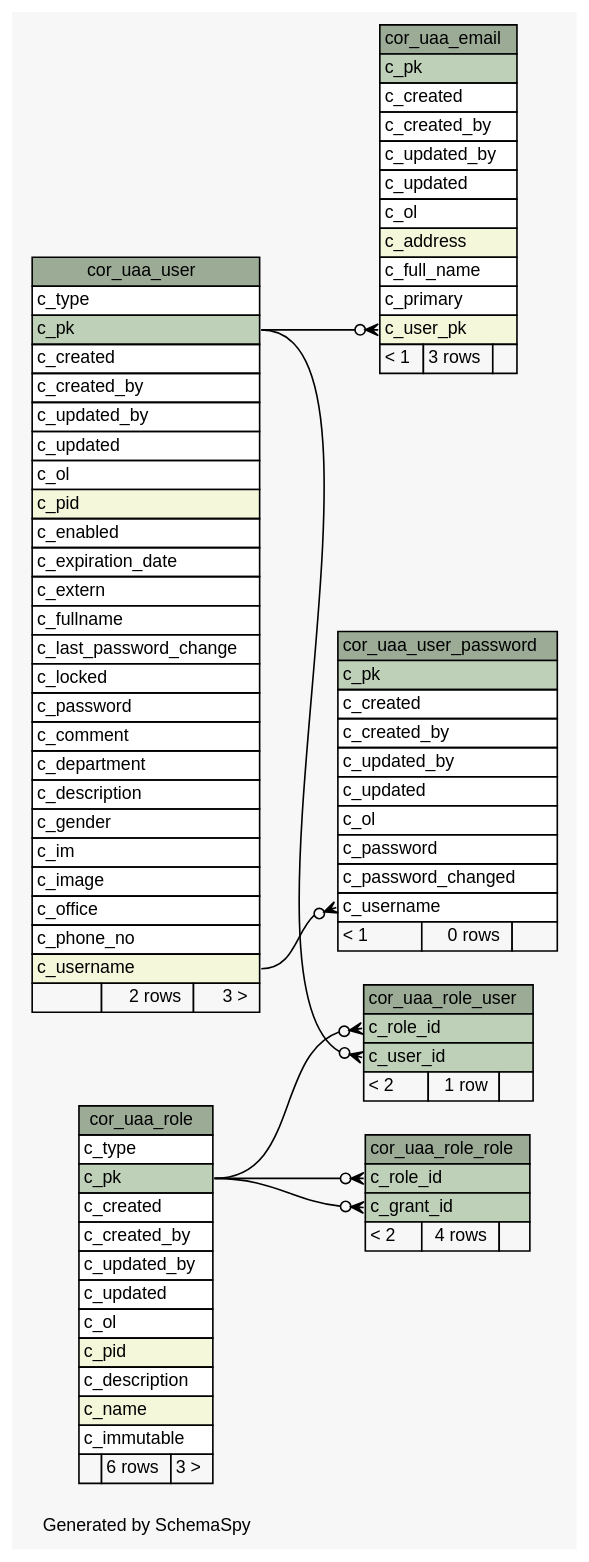
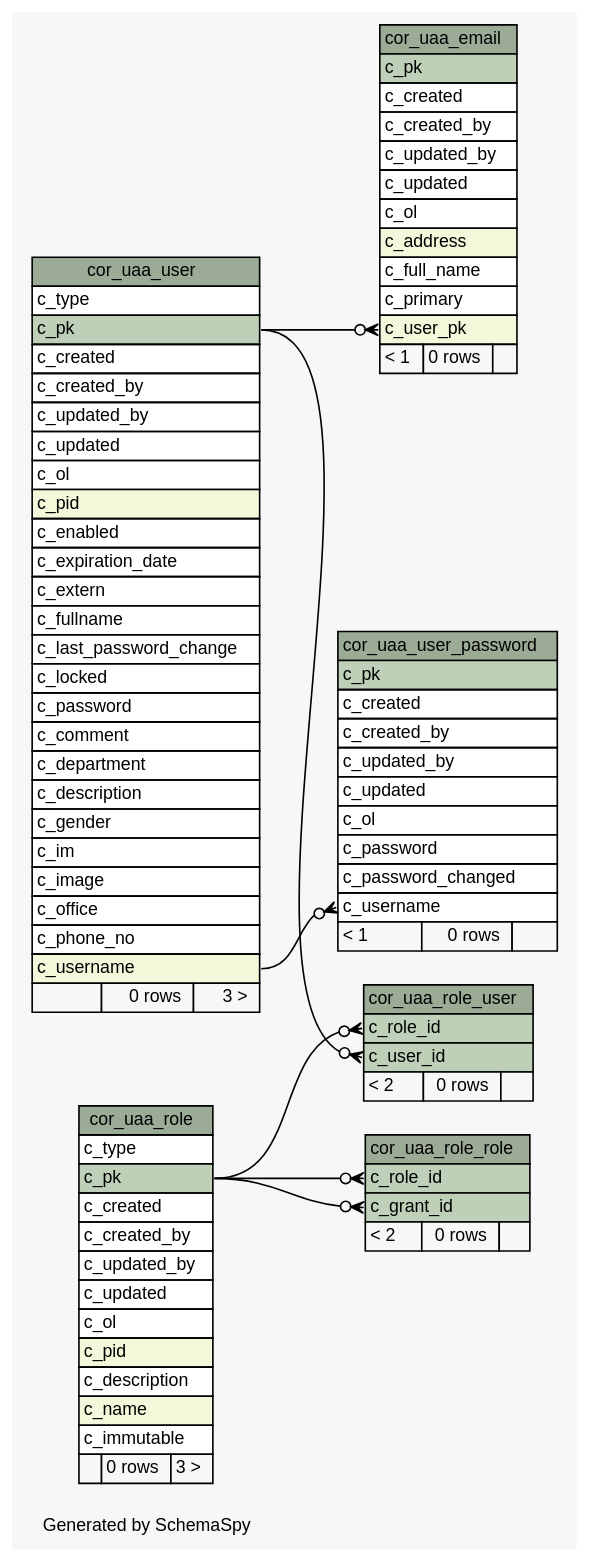
One commit to openwms/org.openwms.core.uaa changed the diagram in 2.0.0-SNAPSHOT/schemaspy/diagrams/summary/relationships.real.large.dot. Above: the diagram before and after it, drawn with Graphviz. The commit also changed 242 other files, not shown here.

```diff
--- a/2.0.0-SNAPSHOT/schemaspy/diagrams/summary/relationships.real.large.dot
+++ b/2.0.0-SNAPSHOT/schemaspy/diagrams/summary/relationships.real.large.dot
@@ -1,140 +1,140 @@
-// dot 2.43.0 on Linux 6.2.0-1012-azure
+// dot 2.43.0 on Linux 6.2.0-1018-azure
 // SchemaSpy rev Unknown
 digraph "largeRelationshipsDiagram" {
   graph [
     rankdir="RL"
     bgcolor="#f7f7f7"
     label="\nGenerated by SchemaSpy"
     labeljust="l"
     nodesep="0.18"
     ranksep="0.46"
     fontname="Helvetica"
     fontsize="11"
   ];
   node [
     fontname="Helvetica"
     fontsize="11"
     shape="plaintext"
   ];
   edge [
     arrowsize="0.8"
   ];
   "cor_uaa_email" [
     label=<
     <TABLE BORDER="0" CELLBORDER="1" CELLSPACING="0" BGCOLOR="#ffffff">
       <TR><TD COLSPAN="3" BGCOLOR="#9bab96" ALIGN="CENTER">cor_uaa_email</TD></TR>
       <TR><TD PORT="c_pk" COLSPAN="3" BGCOLOR="#bed1b8" ALIGN="LEFT">c_pk</TD></TR>
       <TR><TD PORT="c_created" COLSPAN="3" ALIGN="LEFT">c_created</TD></TR>
       <TR><TD PORT="c_created_by" COLSPAN="3" ALIGN="LEFT">c_created_by</TD></TR>
       <TR><TD PORT="c_updated_by" COLSPAN="3" ALIGN="LEFT">c_updated_by</TD></TR>
       <TR><TD PORT="c_updated" COLSPAN="3" ALIGN="LEFT">c_updated</TD></TR>
       <TR><TD PORT="c_ol" COLSPAN="3" ALIGN="LEFT">c_ol</TD></TR>
       <TR><TD PORT="c_address" COLSPAN="3" BGCOLOR="#f4f7da" ALIGN="LEFT">c_address</TD></TR>
       <TR><TD PORT="c_full_name" COLSPAN="3" ALIGN="LEFT">c_full_name</TD></TR>
       <TR><TD PORT="c_primary" COLSPAN="3" ALIGN="LEFT">c_primary</TD></TR>
       <TR><TD PORT="c_user_pk" COLSPAN="3" BGCOLOR="#f4f7da" ALIGN="LEFT">c_user_pk</TD></TR>
-      <TR><TD ALIGN="LEFT" BGCOLOR="#f7f7f7">&lt; 1</TD><TD ALIGN="RIGHT" BGCOLOR="#f7f7f7">3 rows</TD><TD ALIGN="RIGHT" BGCOLOR="#f7f7f7">  </TD></TR>
+      <TR><TD ALIGN="LEFT" BGCOLOR="#f7f7f7">&lt; 1</TD><TD ALIGN="RIGHT" BGCOLOR="#f7f7f7">0 rows</TD><TD ALIGN="RIGHT" BGCOLOR="#f7f7f7">  </TD></TR>
     </TABLE>>
     URL="tables/cor_uaa_email.html"
     tooltip="cor_uaa_email"
   ];
   "cor_uaa_role" [
     label=<
     <TABLE BORDER="0" CELLBORDER="1" CELLSPACING="0" BGCOLOR="#ffffff">
       <TR><TD COLSPAN="3" BGCOLOR="#9bab96" ALIGN="CENTER">cor_uaa_role</TD></TR>
       <TR><TD PORT="c_type" COLSPAN="3" ALIGN="LEFT">c_type</TD></TR>
       <TR><TD PORT="c_pk" COLSPAN="3" BGCOLOR="#bed1b8" ALIGN="LEFT">c_pk</TD></TR>
       <TR><TD PORT="c_created" COLSPAN="3" ALIGN="LEFT">c_created</TD></TR>
       <TR><TD PORT="c_created_by" COLSPAN="3" ALIGN="LEFT">c_created_by</TD></TR>
       <TR><TD PORT="c_updated_by" COLSPAN="3" ALIGN="LEFT">c_updated_by</TD></TR>
       <TR><TD PORT="c_updated" COLSPAN="3" ALIGN="LEFT">c_updated</TD></TR>
       <TR><TD PORT="c_ol" COLSPAN="3" ALIGN="LEFT">c_ol</TD></TR>
       <TR><TD PORT="c_pid" COLSPAN="3" BGCOLOR="#f4f7da" ALIGN="LEFT">c_pid</TD></TR>
       <TR><TD PORT="c_description" COLSPAN="3" ALIGN="LEFT">c_description</TD></TR>
       <TR><TD PORT="c_name" COLSPAN="3" BGCOLOR="#f4f7da" ALIGN="LEFT">c_name</TD></TR>
       <TR><TD PORT="c_immutable" COLSPAN="3" ALIGN="LEFT">c_immutable</TD></TR>
-      <TR><TD ALIGN="LEFT" BGCOLOR="#f7f7f7">  </TD><TD ALIGN="RIGHT" BGCOLOR="#f7f7f7">6 rows</TD><TD ALIGN="RIGHT" BGCOLOR="#f7f7f7">3 &gt;</TD></TR>
+      <TR><TD ALIGN="LEFT" BGCOLOR="#f7f7f7">  </TD><TD ALIGN="RIGHT" BGCOLOR="#f7f7f7">0 rows</TD><TD ALIGN="RIGHT" BGCOLOR="#f7f7f7">3 &gt;</TD></TR>
     </TABLE>>
     URL="tables/cor_uaa_role.html"
     tooltip="cor_uaa_role"
   ];
   "cor_uaa_role_role" [
     label=<
     <TABLE BORDER="0" CELLBORDER="1" CELLSPACING="0" BGCOLOR="#ffffff">
       <TR><TD COLSPAN="3" BGCOLOR="#9bab96" ALIGN="CENTER">cor_uaa_role_role</TD></TR>
       <TR><TD PORT="c_role_id" COLSPAN="3" BGCOLOR="#bed1b8" ALIGN="LEFT">c_role_id</TD></TR>
       <TR><TD PORT="c_grant_id" COLSPAN="3" BGCOLOR="#bed1b8" ALIGN="LEFT">c_grant_id</TD></TR>
-      <TR><TD ALIGN="LEFT" BGCOLOR="#f7f7f7">&lt; 2</TD><TD ALIGN="RIGHT" BGCOLOR="#f7f7f7">4 rows</TD><TD ALIGN="RIGHT" BGCOLOR="#f7f7f7">  </TD></TR>
+      <TR><TD ALIGN="LEFT" BGCOLOR="#f7f7f7">&lt; 2</TD><TD ALIGN="RIGHT" BGCOLOR="#f7f7f7">0 rows</TD><TD ALIGN="RIGHT" BGCOLOR="#f7f7f7">  </TD></TR>
     </TABLE>>
     URL="tables/cor_uaa_role_role.html"
     tooltip="cor_uaa_role_role"
   ];
   "cor_uaa_role_user" [
     label=<
     <TABLE BORDER="0" CELLBORDER="1" CELLSPACING="0" BGCOLOR="#ffffff">
       <TR><TD COLSPAN="3" BGCOLOR="#9bab96" ALIGN="CENTER">cor_uaa_role_user</TD></TR>
       <TR><TD PORT="c_role_id" COLSPAN="3" BGCOLOR="#bed1b8" ALIGN="LEFT">c_role_id</TD></TR>
       <TR><TD PORT="c_user_id" COLSPAN="3" BGCOLOR="#bed1b8" ALIGN="LEFT">c_user_id</TD></TR>
-      <TR><TD ALIGN="LEFT" BGCOLOR="#f7f7f7">&lt; 2</TD><TD ALIGN="RIGHT" BGCOLOR="#f7f7f7">1 row</TD><TD ALIGN="RIGHT" BGCOLOR="#f7f7f7">  </TD></TR>
+      <TR><TD ALIGN="LEFT" BGCOLOR="#f7f7f7">&lt; 2</TD><TD ALIGN="RIGHT" BGCOLOR="#f7f7f7">0 rows</TD><TD ALIGN="RIGHT" BGCOLOR="#f7f7f7">  </TD></TR>
     </TABLE>>
     URL="tables/cor_uaa_role_user.html"
     tooltip="cor_uaa_role_user"
   ];
   "cor_uaa_user" [
     label=<
     <TABLE BORDER="0" CELLBORDER="1" CELLSPACING="0" BGCOLOR="#ffffff">
       <TR><TD COLSPAN="3" BGCOLOR="#9bab96" ALIGN="CENTER">cor_uaa_user</TD></TR>
       <TR><TD PORT="c_type" COLSPAN="3" ALIGN="LEFT">c_type</TD></TR>
       <TR><TD PORT="c_pk" COLSPAN="3" BGCOLOR="#bed1b8" ALIGN="LEFT">c_pk</TD></TR>
       <TR><TD PORT="c_created" COLSPAN="3" ALIGN="LEFT">c_created</TD></TR>
       <TR><TD PORT="c_created_by" COLSPAN="3" ALIGN="LEFT">c_created_by</TD></TR>
       <TR><TD PORT="c_updated_by" COLSPAN="3" ALIGN="LEFT">c_updated_by</TD></TR>
       <TR><TD PORT="c_updated" COLSPAN="3" ALIGN="LEFT">c_updated</TD></TR>
       <TR><TD PORT="c_ol" COLSPAN="3" ALIGN="LEFT">c_ol</TD></TR>
       <TR><TD PORT="c_pid" COLSPAN="3" BGCOLOR="#f4f7da" ALIGN="LEFT">c_pid</TD></TR>
       <TR><TD PORT="c_enabled" COLSPAN="3" ALIGN="LEFT">c_enabled</TD></TR>
       <TR><TD PORT="c_expiration_date" COLSPAN="3" ALIGN="LEFT">c_expiration_date</TD></TR>
       <TR><TD PORT="c_extern" COLSPAN="3" ALIGN="LEFT">c_extern</TD></TR>
       <TR><TD PORT="c_fullname" COLSPAN="3" ALIGN="LEFT">c_fullname</TD></TR>
       <TR><TD PORT="c_last_password_change" COLSPAN="3" ALIGN="LEFT">c_last_password_change</TD></TR>
       <TR><TD PORT="c_locked" COLSPAN="3" ALIGN="LEFT">c_locked</TD></TR>
       <TR><TD PORT="c_password" COLSPAN="3" ALIGN="LEFT">c_password</TD></TR>
       <TR><TD PORT="c_comment" COLSPAN="3" ALIGN="LEFT">c_comment</TD></TR>
       <TR><TD PORT="c_department" COLSPAN="3" ALIGN="LEFT">c_department</TD></TR>
       <TR><TD PORT="c_description" COLSPAN="3" ALIGN="LEFT">c_description</TD></TR>
       <TR><TD PORT="c_gender" COLSPAN="3" ALIGN="LEFT">c_gender</TD></TR>
       <TR><TD PORT="c_im" COLSPAN="3" ALIGN="LEFT">c_im</TD></TR>
       <TR><TD PORT="c_image" COLSPAN="3" ALIGN="LEFT">c_image</TD></TR>
       <TR><TD PORT="c_office" COLSPAN="3" ALIGN="LEFT">c_office</TD></TR>
       <TR><TD PORT="c_phone_no" COLSPAN="3" ALIGN="LEFT">c_phone_no</TD></TR>
       <TR><TD PORT="c_username" COLSPAN="3" BGCOLOR="#f4f7da" ALIGN="LEFT">c_username</TD></TR>
-      <TR><TD ALIGN="LEFT" BGCOLOR="#f7f7f7">  </TD><TD ALIGN="RIGHT" BGCOLOR="#f7f7f7">2 rows</TD><TD ALIGN="RIGHT" BGCOLOR="#f7f7f7">3 &gt;</TD></TR>
+      <TR><TD ALIGN="LEFT" BGCOLOR="#f7f7f7">  </TD><TD ALIGN="RIGHT" BGCOLOR="#f7f7f7">0 rows</TD><TD ALIGN="RIGHT" BGCOLOR="#f7f7f7">3 &gt;</TD></TR>
     </TABLE>>
     URL="tables/cor_uaa_user.html"
     tooltip="cor_uaa_user"
   ];
   "cor_uaa_user_password" [
     label=<
     <TABLE BORDER="0" CELLBORDER="1" CELLSPACING="0" BGCOLOR="#ffffff">
       <TR><TD COLSPAN="3" BGCOLOR="#9bab96" ALIGN="CENTER">cor_uaa_user_password</TD></TR>
       <TR><TD PORT="c_pk" COLSPAN="3" BGCOLOR="#bed1b8" ALIGN="LEFT">c_pk</TD></TR>
       <TR><TD PORT="c_created" COLSPAN="3" ALIGN="LEFT">c_created</TD></TR>
       <TR><TD PORT="c_created_by" COLSPAN="3" ALIGN="LEFT">c_created_by</TD></TR>
       <TR><TD PORT="c_updated_by" COLSPAN="3" ALIGN="LEFT">c_updated_by</TD></TR>
       <TR><TD PORT="c_updated" COLSPAN="3" ALIGN="LEFT">c_updated</TD></TR>
       <TR><TD PORT="c_ol" COLSPAN="3" ALIGN="LEFT">c_ol</TD></TR>
       <TR><TD PORT="c_password" COLSPAN="3" ALIGN="LEFT">c_password</TD></TR>
       <TR><TD PORT="c_password_changed" COLSPAN="3" ALIGN="LEFT">c_password_changed</TD></TR>
       <TR><TD PORT="c_username" COLSPAN="3" ALIGN="LEFT">c_username</TD></TR>
       <TR><TD ALIGN="LEFT" BGCOLOR="#f7f7f7">&lt; 1</TD><TD ALIGN="RIGHT" BGCOLOR="#f7f7f7">0 rows</TD><TD ALIGN="RIGHT" BGCOLOR="#f7f7f7">  </TD></TR>
     </TABLE>>
     URL="tables/cor_uaa_user_password.html"
     tooltip="cor_uaa_user_password"
   ];
   "cor_uaa_email":"c_user_pk":w -> "cor_uaa_user":"c_pk":e [arrowhead=none dir=back arrowtail=crowodot];
   "cor_uaa_role_role":"c_grant_id":w -> "cor_uaa_role":"c_pk":e [arrowhead=none dir=back arrowtail=crowodot];
   "cor_uaa_role_role":"c_role_id":w -> "cor_uaa_role":"c_pk":e [arrowhead=none dir=back arrowtail=crowodot];
   "cor_uaa_role_user":"c_role_id":w -> "cor_uaa_role":"c_pk":e [arrowhead=none dir=back arrowtail=crowodot];
   "cor_uaa_role_user":"c_user_id":w -> "cor_uaa_user":"c_pk":e [arrowhead=none dir=back arrowtail=crowodot];
   "cor_uaa_user_password":"c_username":w -> "cor_uaa_user":"c_username":e [arrowhead=none dir=back arrowtail=crowodot];
 }
```
